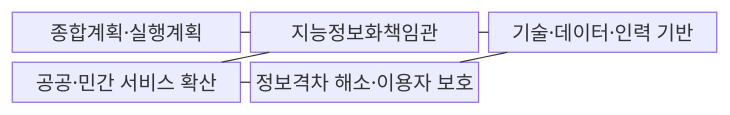
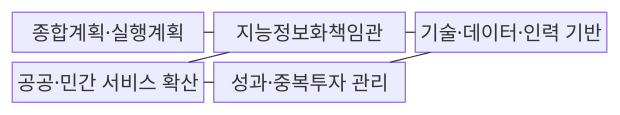
The first of 2 diagrams in src/content/docs/notes/07-law-policy/021_intelligent_informatization_basic_act.md (agnusdei1207/knowledge-base), drawn with Mermaid before and after one commit. The commit also changed other lines of this file and 20 other files, not shown here.

````diff
--- a/src/content/docs/notes/07-law-policy/021_intelligent_informatization_basic_act.md
+++ b/src/content/docs/notes/07-law-policy/021_intelligent_informatization_basic_act.md
@@ -50,14 +47,14 @@
 ```mermaid
 block-beta
   columns 3
   A["종합계획·실행계획"]
   B["지능정보화책임관"]
   C["기술·데이터·인력 기반"]
   D["공공·민간 서비스 확산"]
-  E["정보격차 해소·이용자 보호"]
+  E["성과·중복투자 관리"]
   A --- B
   B --- C
   B --- D
   C --- E
   D --- E
 ```
````
